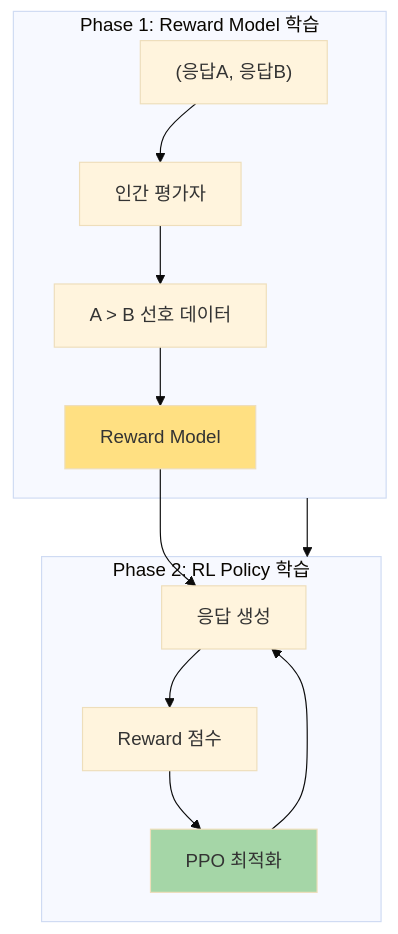
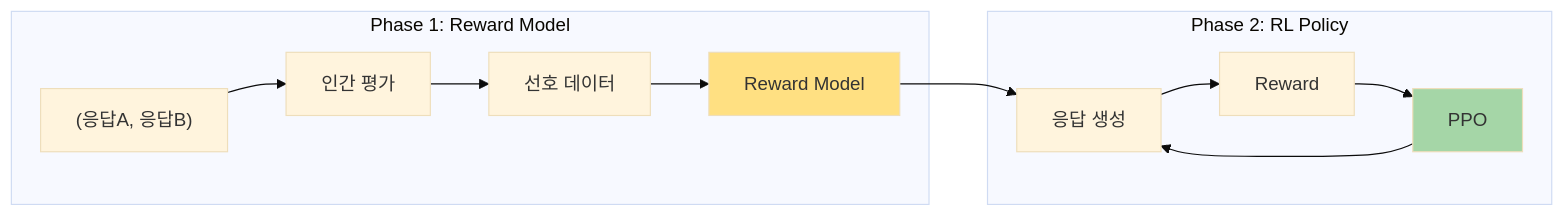
Before and after one commit to Gyeom/dev-notes: the second of 5 diagrams in content/posts/2025-12-28-llm-training-methods-comparison.md, drawn with Mermaid (base theme). The commit also changed other lines of this file and 1 other file, not shown here.

Commit message:
Fix: Mermaid 다이어그램 flowchart TB → LR로 변경
- RLHF 2단계 다이어그램: 가로 배치
- Training vs Prompting 비교: 가로 배치
- Gold Standard 활용 경로: 가로 배치
- 전체 파이프라인: 간소화 + 가로 배치

writing-guide.md의 "가로 우선" 규칙 적용

🤖 Generated with [Claude Code](https://claude.com/claude-code)

````diff
--- a/content/posts/2025-12-28-llm-training-methods-comparison.md
+++ b/content/posts/2025-12-28-llm-training-methods-comparison.md
@@ -66,20 +66,16 @@
 ```mermaid
-flowchart TB
-    subgraph Phase1["Phase 1: Reward Model 학습"]
-        A["(응답A, 응답B)"] --> B["인간 평가자"]
-        B --> C["A > B 선호 데이터"]
-        C --> D["Reward Model"]
+flowchart LR
+    subgraph Phase1["Phase 1: Reward Model"]
+        A["(응답A, 응답B)"] --> B["인간 평가"] --> C["선호 데이터"] --> D["Reward Model"]
     end
 
-    subgraph Phase2["Phase 2: RL Policy 학습"]
-        D --> E["응답 생성"]
-        E --> F["Reward 점수"]
-        F --> G["PPO 최적화"]
-        G --> E
+    subgraph Phase2["Phase 2: RL Policy"]
+        E["응답 생성"] --> F["Reward"] --> G["PPO"] --> E
     end
 
-    Phase1 --> Phase2
+    D --> E
+    Phase1 ~~~ Phase2
 
     style D fill:#FFE082
     style G fill:#A5D6A7
 ```
````
